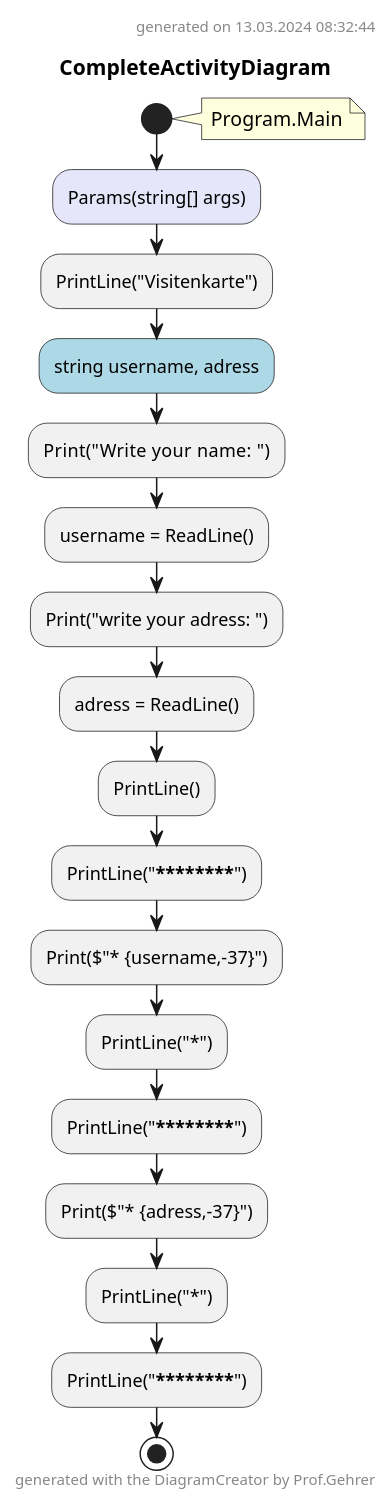
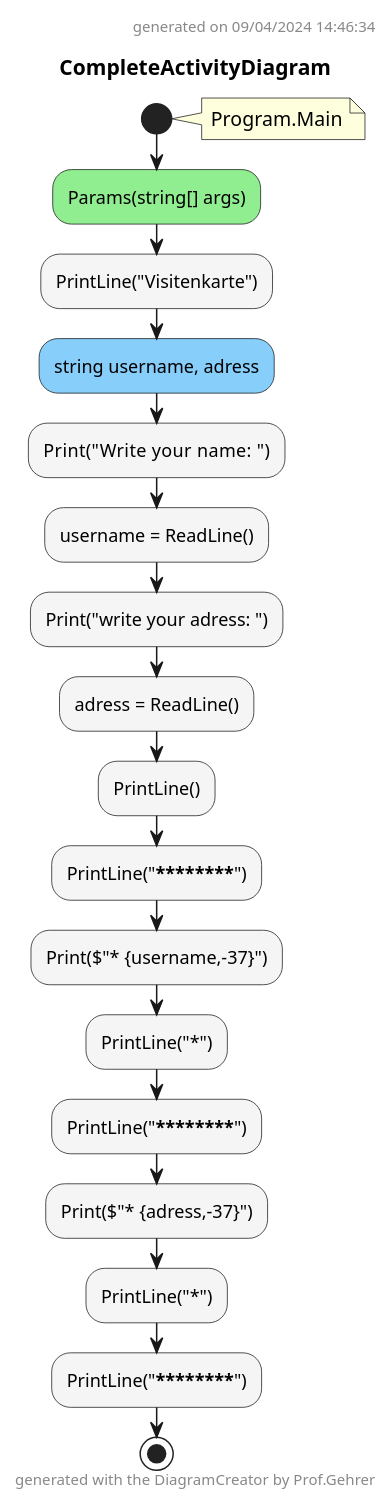
Before and after one commit to leoggehrer/2324-34_ABIF_ACIF_POSE: the diagram in BusinessCard.ConApp/diagrams/CompleteActivityDiagram.puml, drawn with PlantUML. The commit also changed 713 other files, not shown here.

Commit message:
Generated diagrams.

```diff
--- a/BusinessCard.ConApp/diagrams/CompleteActivityDiagram.puml
+++ b/BusinessCard.ConApp/diagrams/CompleteActivityDiagram.puml
@@ -1,27 +1,27 @@
 @startuml CompleteActivityDiagram
 header
-generated on 13.03.2024 08:32:44
+generated on 09/04/2024 14:46:34
 end header
 title CompleteActivityDiagram
 start
 note right:  Program.Main
-#Lavender:Params(string[] args);
-:PrintLine("Visitenkarte");
-#LightBlue:string username, adress;
-:Print("Write your name:   ");
-:username = ReadLine();
-:Print("write your adress: ");
-:adress = ReadLine();
-:PrintLine();
-:PrintLine("****************************************");
-:Print($"* {username,-37}");
-:PrintLine("*");
-:PrintLine("****************************************");
-:Print($"* {adress,-37}");
-:PrintLine("*");
-:PrintLine("****************************************");
+#LightGreen:Params(string[] args);
+#WhiteSmoke:PrintLine("Visitenkarte");
+#LightSkyBlue:string username, adress;
+#WhiteSmoke:Print("Write your name:   ");
+#WhiteSmoke:username = ReadLine();
+#WhiteSmoke:Print("write your adress: ");
+#WhiteSmoke:adress = ReadLine();
+#WhiteSmoke:PrintLine();
+#WhiteSmoke:PrintLine("****************************************");
+#WhiteSmoke:Print($"* {username,-37}");
+#WhiteSmoke:PrintLine("*");
+#WhiteSmoke:PrintLine("****************************************");
+#WhiteSmoke:Print($"* {adress,-37}");
+#WhiteSmoke:PrintLine("*");
+#WhiteSmoke:PrintLine("****************************************");
 stop
 footer
 generated with the DiagramCreator by Prof.Gehrer
 end footer
 @enduml
```
